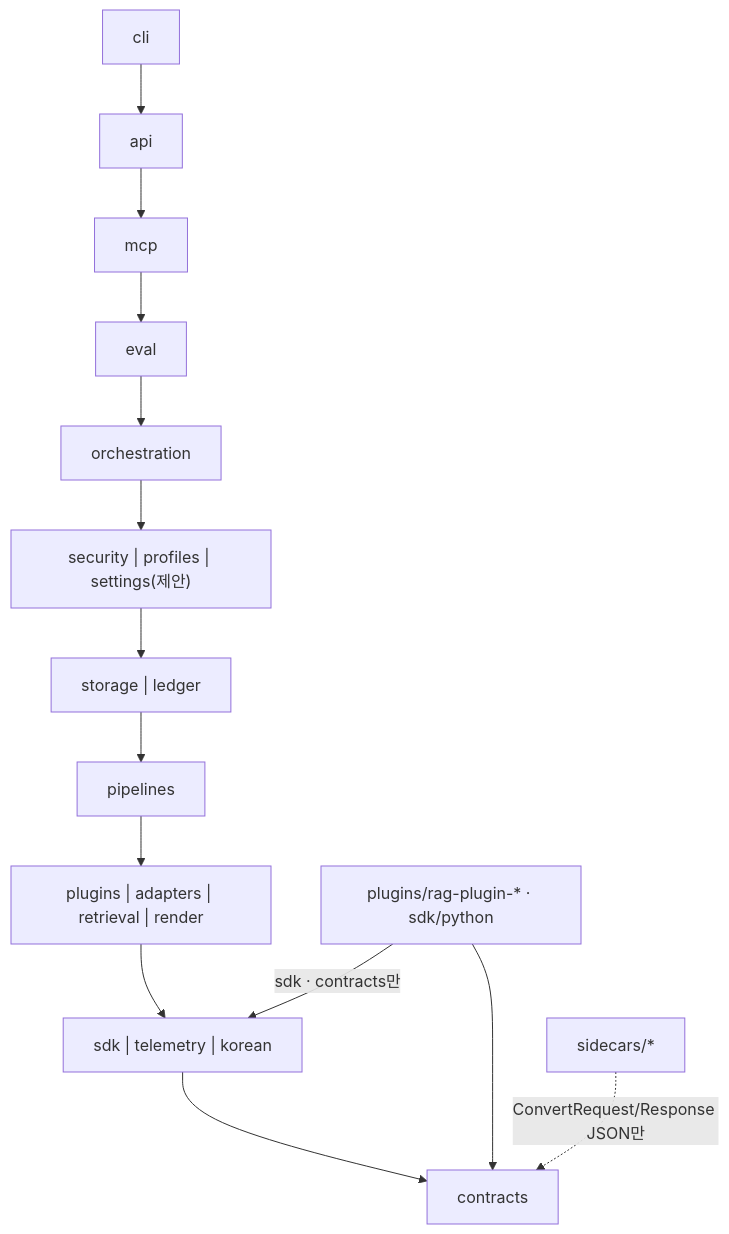
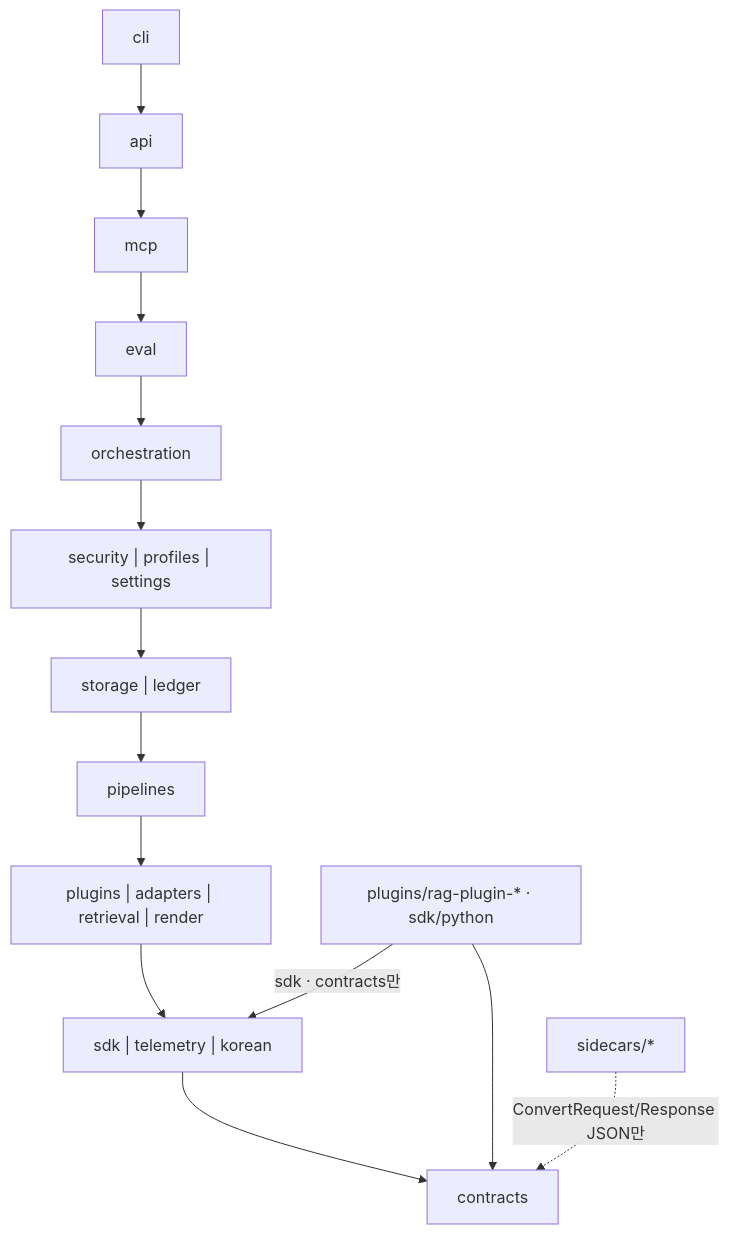
One commit to dplayamin-ai/rag-platform changed the second of 3 diagrams in docs/10-development/01-repository-structure.md. Above: the diagram before and after it, drawn with Mermaid. The commit also changed other lines of this file and 103 other files, not shown here.

````diff
--- a/docs/10-development/01-repository-structure.md
+++ b/docs/10-development/01-repository-structure.md
@@ -362,13 +365,13 @@
 ```mermaid
 flowchart TB
     L10["cli"] --> L9["api"] --> L8["mcp"] --> L7["eval"] --> L6["orchestration"]
-    L6 --> L5["security | profiles | settings(제안)"]
+    L6 --> L5["security | profiles | settings"]
     L5 --> L4["storage | ledger"]
     L4 --> L3["pipelines"]
     L3 --> L2["plugins | adapters | retrieval | render"]
     L2 --> L1["sdk | telemetry | korean"]
     L1 --> L0["contracts"]
     EXT["plugins/rag-plugin-* · sdk/python"] -->|"sdk · contracts만"| L1
     EXT --> L0
     SC["sidecars/*"] -.->|"ConvertRequest/Response JSON만"| L0
 ```
````
